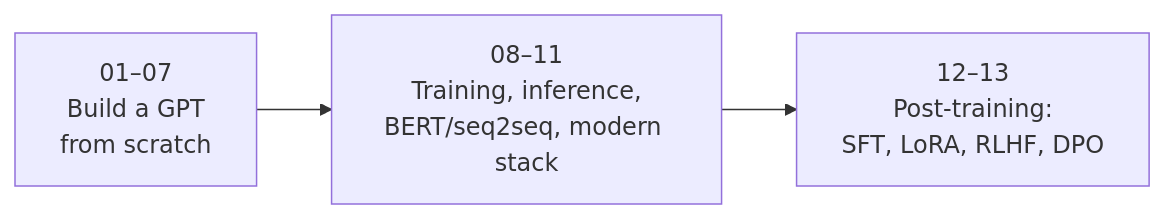
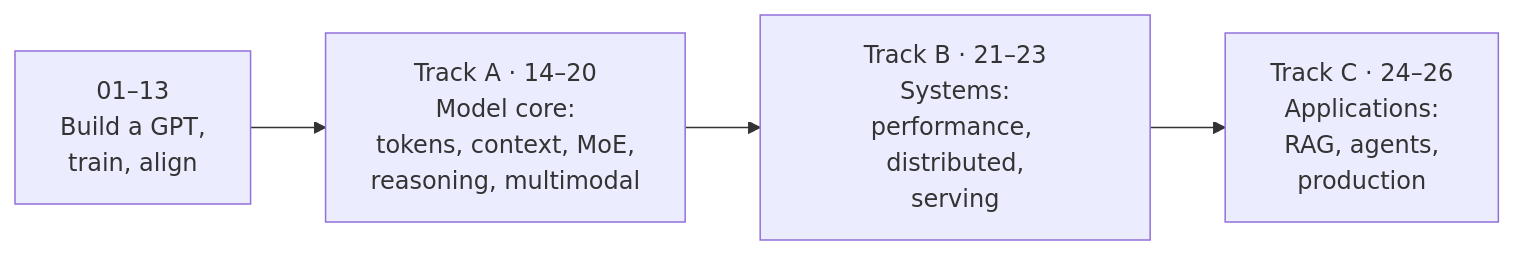
Before and after one commit to Alas129/transformer-playground: the first of 2 diagrams in README.md, drawn with Mermaid. The commit also changed other lines of this file and 1 other file, not shown here.

````diff
--- a/README.md
+++ b/README.md
@@ -131,4 +191,6 @@
 ```mermaid
 flowchart LR
-    A[01–07<br/>Build a GPT<br/>from scratch] --> B[08–11<br/>Training, inference,<br/>BERT/seq2seq, modern stack] --> C[12–13<br/>Post-training:<br/>SFT, LoRA, RLHF, DPO]
+    A[01–13<br/>Build a GPT,<br/>train, align] --> B[Track A · 14–20<br/>Model core:<br/>tokens, context, MoE,<br/>reasoning, multimodal]
+    B --> C[Track B · 21–23<br/>Systems:<br/>performance, distributed,<br/>serving]
+    C --> D[Track C · 24–26<br/>Applications:<br/>RAG, agents,<br/>production]
 ```
````
